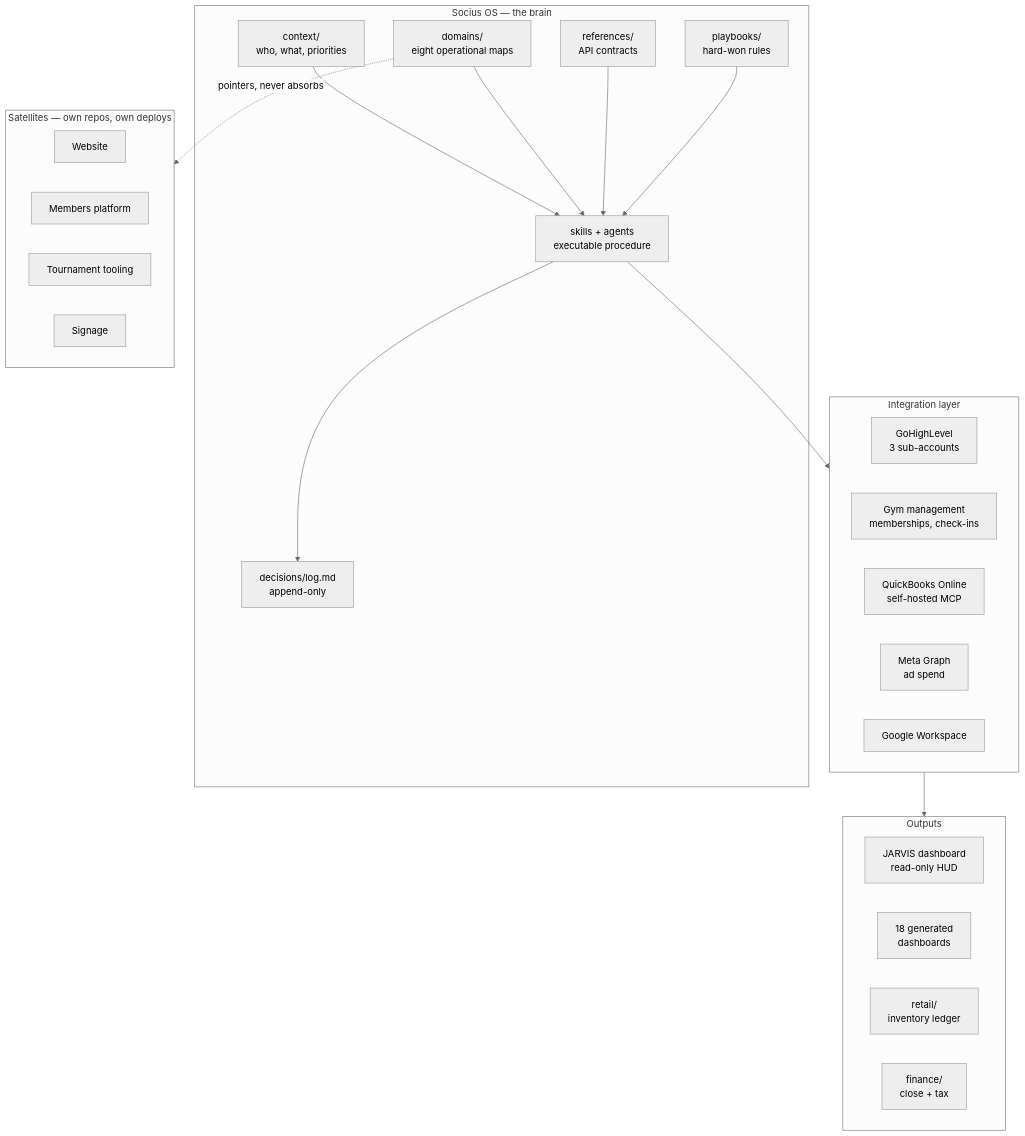
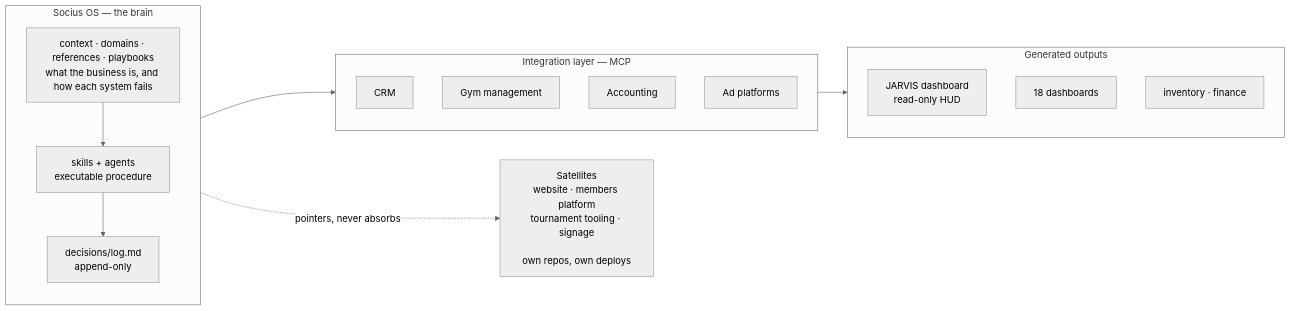
Before and after one commit to SociusSolutions/ai-portfolio: the first of 2 diagrams in _projects/socius-os.md, drawn with Mermaid (neutral theme). The commit also changed 2 other files, not shown here.

Commit message:
Simplify the Socius OS architecture diagram
19 nodes across four subgraphs rendered 1645px wide with large dead areas
and could not be read as one view. Collapsed to the structure that matters:
brain, integration layer, outputs, satellites.

```diff
--- a/_projects/socius-os.md
+++ b/_projects/socius-os.md
@@ -52,42 +52,32 @@
 <pre class="mermaid">
-graph TB
+graph LR
   subgraph HUB["Socius OS — the brain"]
-    CTX["context/<br/>who, what, priorities"]
-    DOM["domains/<br/>eight operational maps"]
-    REF["references/<br/>API contracts"]
-    PLAY["playbooks/<br/>hard-won rules"]
+    direction TB
+    KNOW["context · domains · references · playbooks<br/>what the business is, and how each system fails"]
+    SK["skills + agents<br/>executable procedure"]
     DEC["decisions/log.md<br/>append-only"]
-    SK["skills + agents<br/>executable procedure"]
+    KNOW --> SK
+    SK --> DEC
   end
 
-  subgraph INTEG["Integration layer"]
-    GHL["GoHighLevel<br/>3 sub-accounts"]
-    WOD["Gym management<br/>memberships, check-ins"]
-    QBO["QuickBooks Online<br/>self-hosted MCP"]
-    META["Meta Graph<br/>ad spend"]
-    GW["Google Workspace"]
+  subgraph INTEG["Integration layer — MCP"]
+    direction TB
+    CRM["CRM"]
+    GYM["Gym management"]
+    BOOKS["Accounting"]
+    ADS["Ad platforms"]
   end
 
-  subgraph OUT["Outputs"]
+  subgraph OUT["Generated outputs"]
+    direction TB
     JAR["JARVIS dashboard<br/>read-only HUD"]
-    DASH["18 generated<br/>dashboards"]
-    RET["retail/<br/>inventory ledger"]
-    FIN["finance/<br/>close + tax"]
+    DASH["18 dashboards"]
+    LEDG["inventory · finance"]
   end
 
-  subgraph SAT["Satellites — own repos, own deploys"]
-    WEB["Website"]
-    KIDS["Members platform"]
-    TOUR["Tournament tooling"]
-    TV["Signage"]
-  end
+  SAT["Satellites<br/>website · members platform<br/>tournament tooling · signage<br/><br/>own repos, own deploys"]
 
   SK --> INTEG
   INTEG --> OUT
-  CTX --> SK
-  DOM --> SK
-  REF --> SK
-  PLAY --> SK
-  SK --> DEC
-  DOM -. "pointers, never absorbs" .-> SAT
+  HUB -. "pointers, never absorbs" .-> SAT
 </pre>
```
